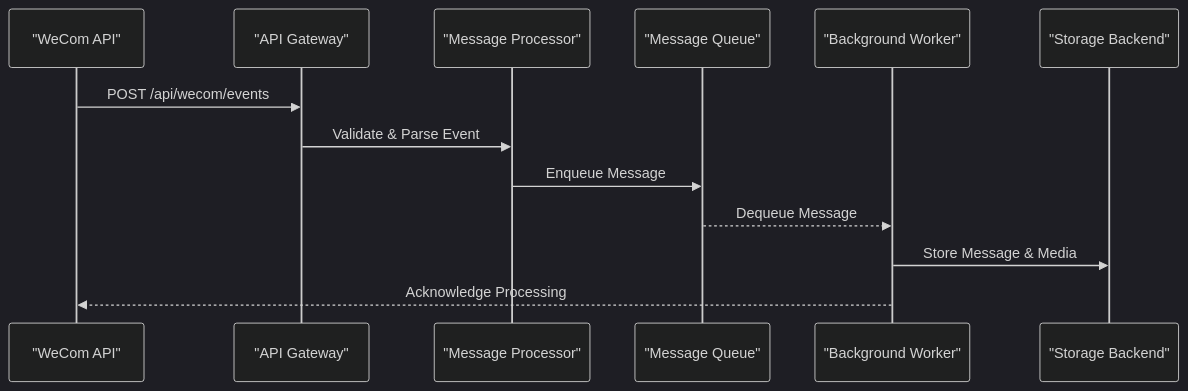
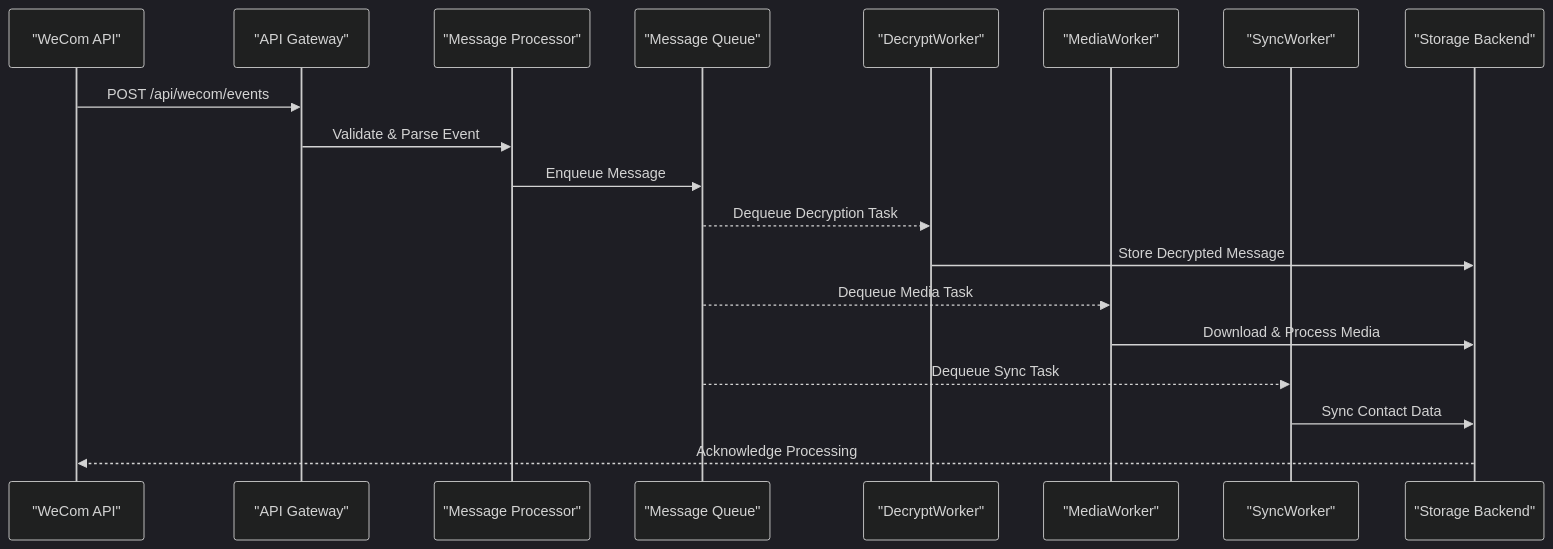
The second of 13 diagrams in .qoder/repowiki/en/content/Architecture/Architecture.md (zuohaisu/wecom-archive), drawn with Mermaid (dark theme) before and after one commit. The commit also changed other lines of this file and 90 other files, not shown here.

````diff
--- a/.qoder/repowiki/en/content/Architecture/Architecture.md
+++ b/.qoder/repowiki/en/content/Architecture/Architecture.md
@@ -101,15 +125,21 @@
 ```mermaid
 sequenceDiagram
 participant Client as "WeCom API"
 participant Gateway as "API Gateway"
 participant Processor as "Message Processor"
 participant Queue as "Message Queue"
-participant Worker as "Background Worker"
+participant DecryptWorker as "DecryptWorker"
+participant MediaWorker as "MediaWorker"
+participant SyncWorker as "SyncWorker"
 participant Storage as "Storage Backend"
 Client->>Gateway : POST /api/wecom/events
 Gateway->>Processor : Validate & Parse Event
 Processor->>Queue : Enqueue Message
-Queue-->>Worker : Dequeue Message
-Worker->>Storage : Store Message & Media
-Worker-->>Client : Acknowledge Processing
+Queue-->>DecryptWorker : Dequeue Decryption Task
+DecryptWorker->>Storage : Store Decrypted Message
+Queue-->>MediaWorker : Dequeue Media Task
+MediaWorker->>Storage : Download & Process Media
+Queue-->>SyncWorker : Dequeue Sync Task
+SyncWorker->>Storage : Sync Contact Data
+Storage-->>Client : Acknowledge Processing
 ```
````
